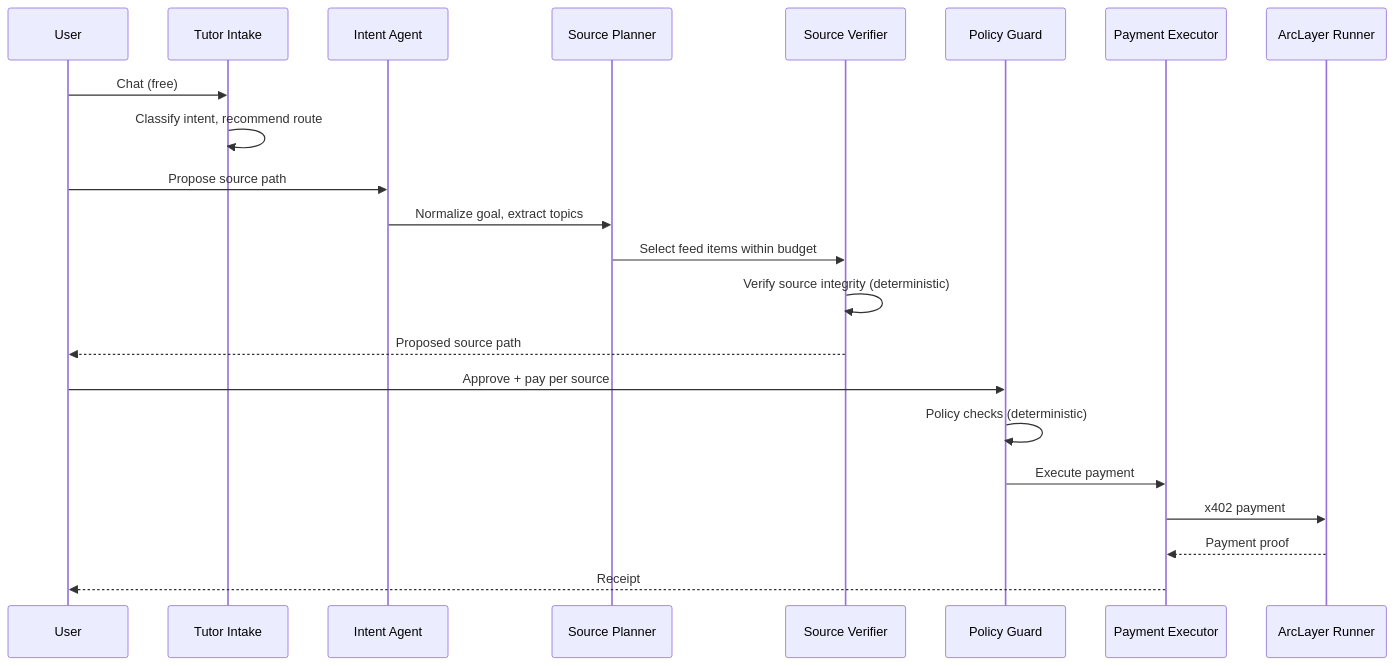
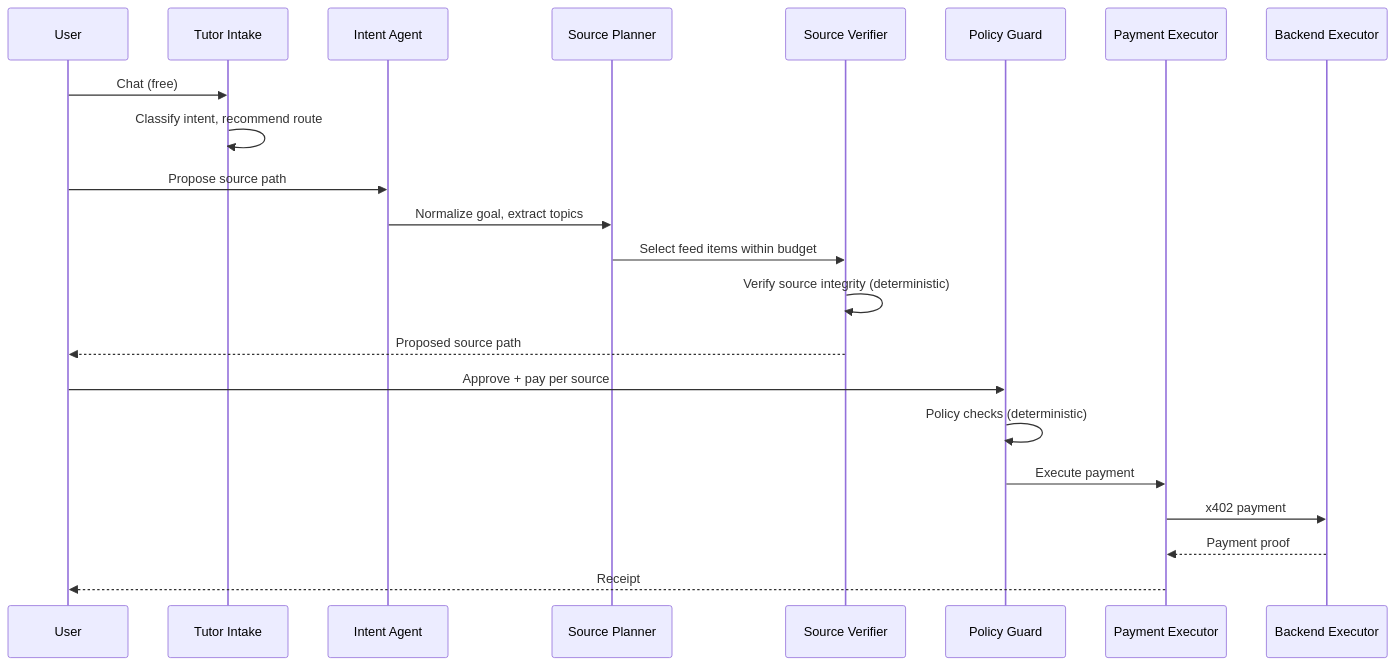
Before and after one commit to riyannode/Paylabs: the second of 2 diagrams in README.md, drawn with Mermaid. The commit also changed other lines of this file and 25 other files, not shown here.

````diff
--- a/README.md
+++ b/README.md
@@ -38,25 +38,25 @@
 ```mermaid
 sequenceDiagram
   participant U as User
   participant T as Tutor Intake
   participant I as Intent Agent
   participant SP as Source Planner
   participant SV as Source Verifier
   participant PG as Policy Guard
   participant PE as Payment Executor
-  participant R as ArcLayer Runner
+  participant R as Backend Executor
 
   U->>T: Chat (free)
   T->>T: Classify intent, recommend route
   U->>I: Propose source path
   I->>SP: Normalize goal, extract topics
   SP->>SV: Select feed items within budget
   SV->>SV: Verify source integrity (deterministic)
   SV-->>U: Proposed source path
   U->>PG: Approve + pay per source
   PG->>PG: Policy checks (deterministic)
   PG->>PE: Execute payment
   PE->>R: x402 payment
   R-->>PE: Payment proof
   PE-->>U: Receipt
 ```
````
